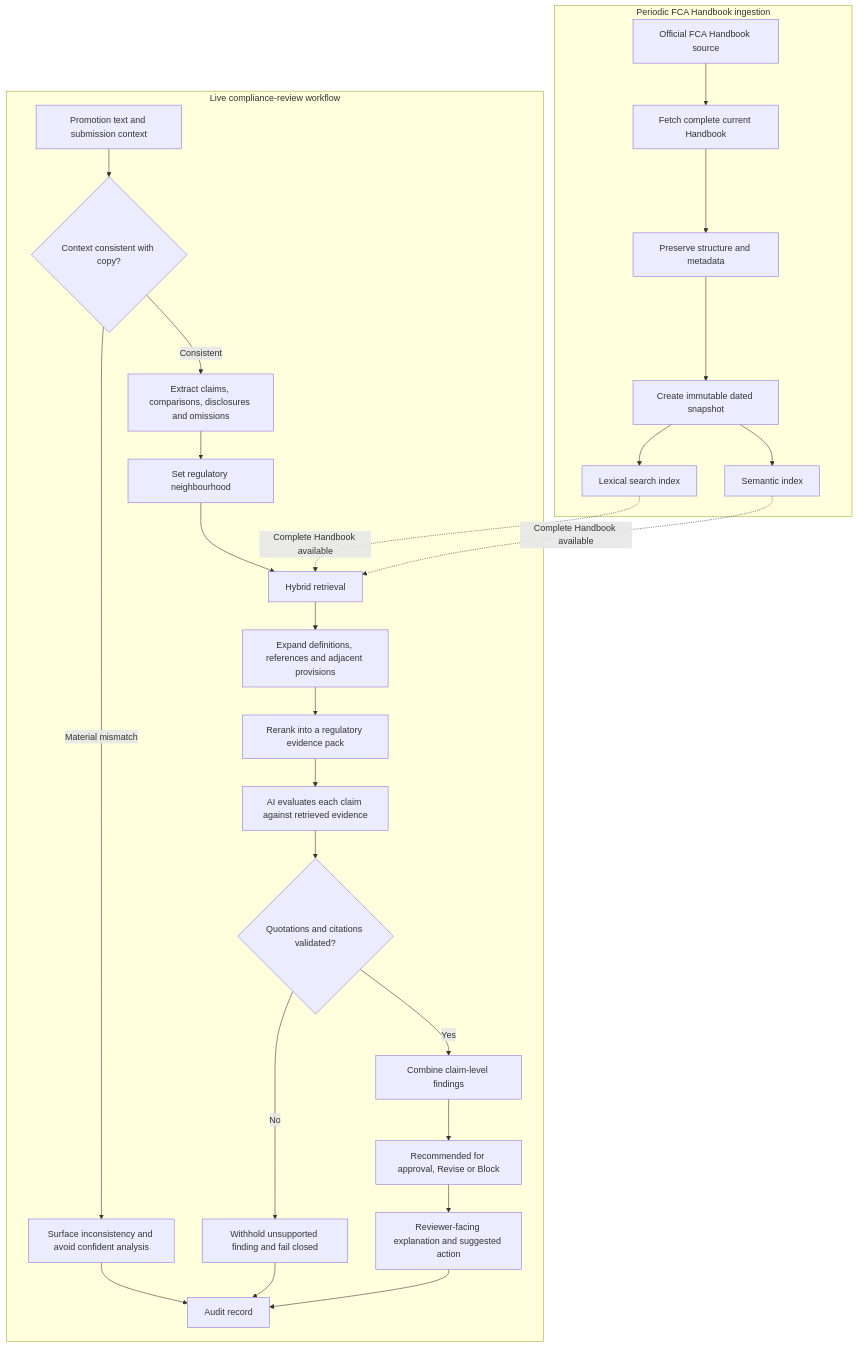
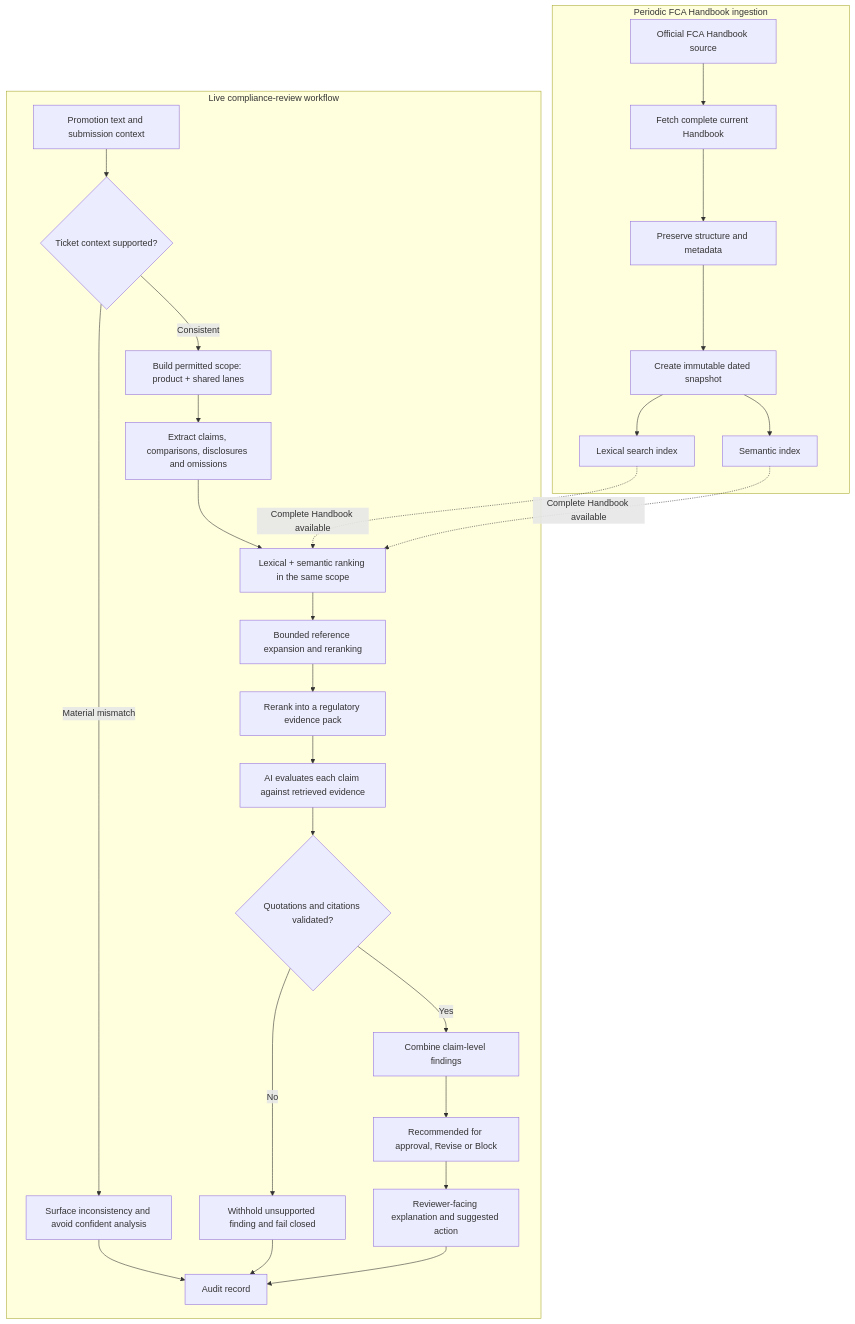
One commit to KoushickBalaji/finprom-review changed the diagram in PROJECT_BRIEF.md. Above: the diagram before and after it, drawn with Mermaid. The commit also changed other lines of this file and 74 other files, not shown here.

````diff
--- a/PROJECT_BRIEF.md
+++ b/PROJECT_BRIEF.md
@@ -422,31 +421,31 @@
 ```mermaid
 flowchart TB
     subgraph INGEST["Periodic FCA Handbook ingestion"]
         A["Official FCA Handbook source"] --> B["Fetch complete current Handbook"]
         B --> C["Preserve structure and metadata"]
         C --> D["Create immutable dated snapshot"]
         D --> E["Lexical search index"]
         D --> F["Semantic index"]
     end
 
     subgraph REVIEW["Live compliance-review workflow"]
-        G["Promotion text and submission context"] --> H{"Context consistent with copy?"}
+        G["Promotion text and submission context"] --> H{"Ticket context supported?"}
         H -- "Material mismatch" --> I["Surface inconsistency and avoid confident analysis"]
-        H -- "Consistent" --> J["Extract claims, comparisons, disclosures and omissions"]
-        J --> K["Set regulatory neighbourhood"]
-        K --> L["Hybrid retrieval"]
+        H -- "Consistent" --> K["Build permitted scope: product + shared lanes"]
+        K --> J["Extract claims, comparisons, disclosures and omissions"]
+        J --> L["Lexical + semantic ranking in the same scope"]
         E -. "Complete Handbook available" .-> L
         F -. "Complete Handbook available" .-> L
-        L --> M["Expand definitions, references and adjacent provisions"]
+        L --> M["Bounded reference expansion and reranking"]
         M --> N["Rerank into a regulatory evidence pack"]
         N --> O["AI evaluates each claim against retrieved evidence"]
         O --> P{"Quotations and citations validated?"}
         P -- "No" --> Q["Withhold unsupported finding and fail closed"]
         P -- "Yes" --> R["Combine claim-level findings"]
         R --> S["Recommended for approval, Revise or Block"]
         S --> T["Reviewer-facing explanation and suggested action"]
         T --> U["Audit record"]
         Q --> U
         I --> U
     end
 ```
````
